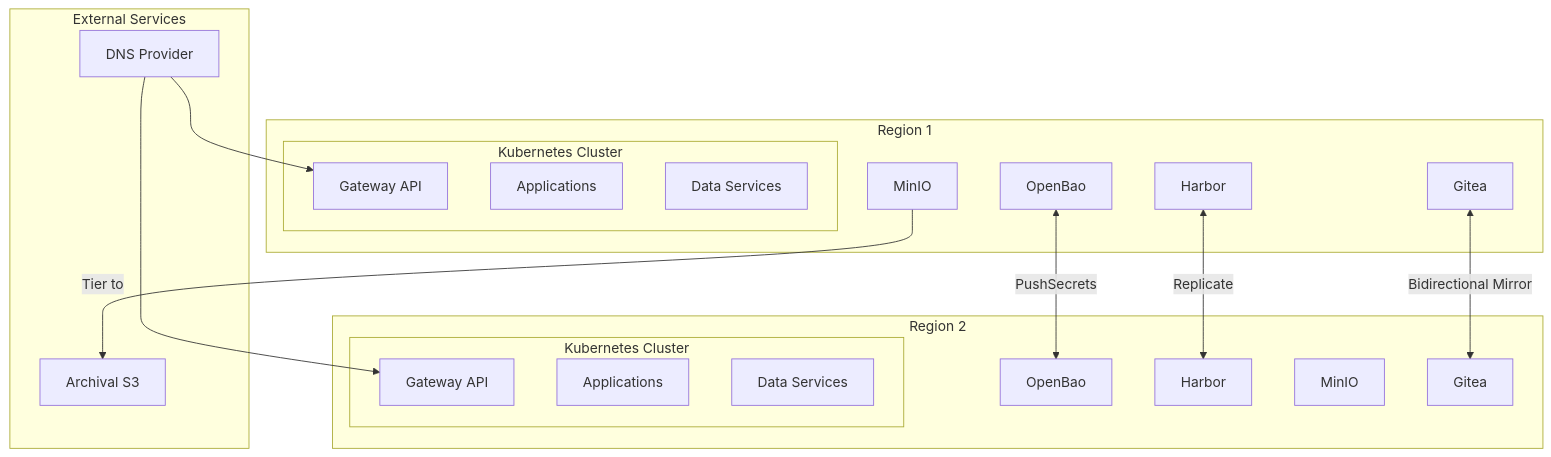
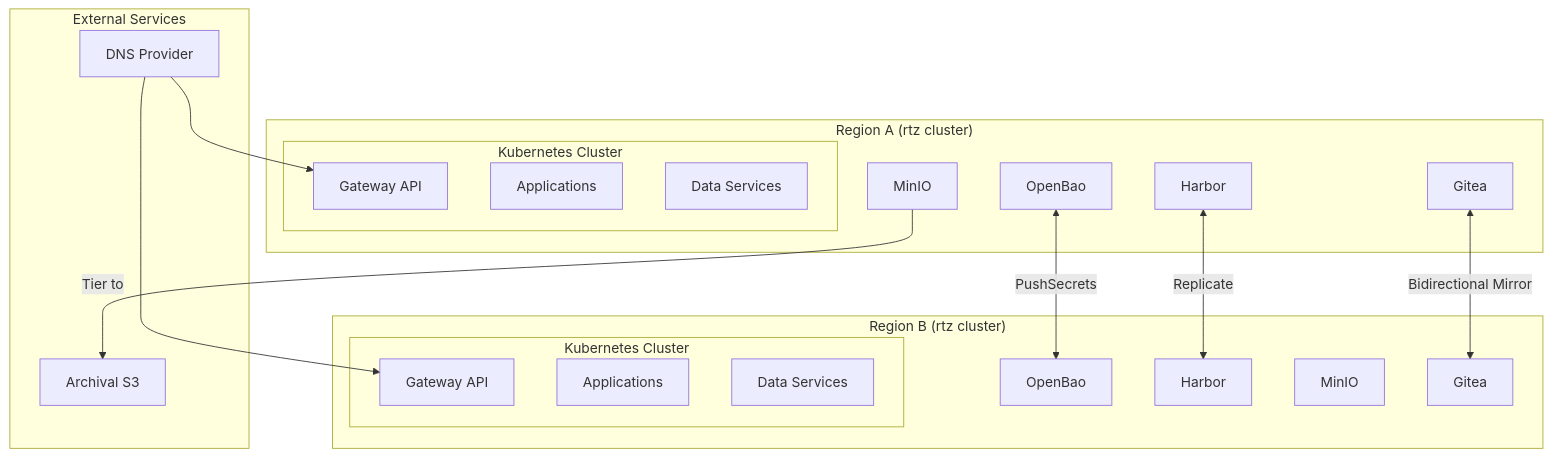
Before and after one commit to openova-io/openova: the first of 6 diagrams in docs/PLATFORM-TECH-STACK.md, drawn with Mermaid. The commit also changed other lines of this file and 3 other files, not shown here.

````diff
--- a/docs/PLATFORM-TECH-STACK.md
+++ b/docs/PLATFORM-TECH-STACK.md
@@ -19,38 +19,38 @@
 ```mermaid
 flowchart TB
     subgraph External["External Services"]
         DNS[DNS Provider]
         Archival[Archival S3]
     end
 
-    subgraph Region1["Region 1"]
+    subgraph Region1["Region A  (rtz cluster)"]
         subgraph K8s1["Kubernetes Cluster"]
             GW1[Gateway API]
             Apps1[Applications]
             Data1[Data Services]
         end
         Bao1[OpenBao]
         Harbor1[Harbor]
         MinIO1[MinIO]
         Gitea1[Gitea]
     end
 
-    subgraph Region2["Region 2"]
+    subgraph Region2["Region B  (rtz cluster)"]
         subgraph K8s2["Kubernetes Cluster"]
             GW2[Gateway API]
             Apps2[Applications]
             Data2[Data Services]
         end
         Bao2[OpenBao]
         Harbor2[Harbor]
         MinIO2[MinIO]
         Gitea2[Gitea]
     end
 
     DNS --> GW1
     DNS --> GW2
     Harbor1 <-->|"Replicate"| Harbor2
     MinIO1 -->|"Tier to"| Archival
     Bao1 <-->|"PushSecrets"| Bao2
     Gitea1 <-->|"Bidirectional Mirror"| Gitea2
 ```
````
